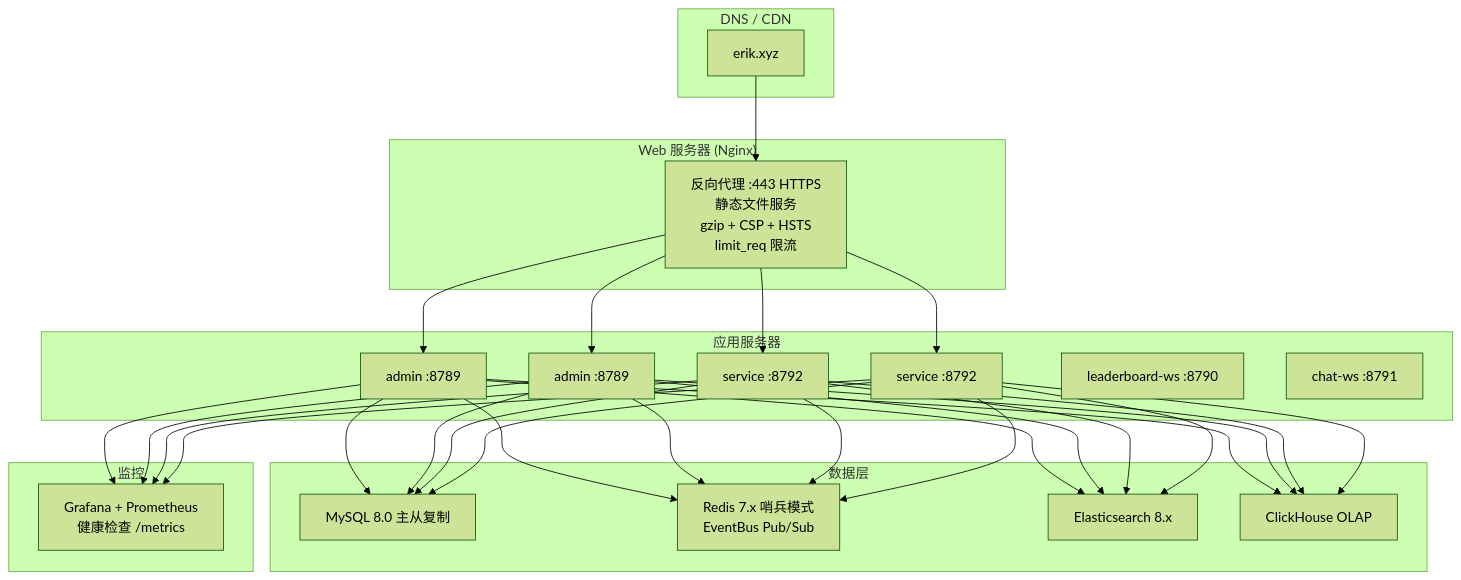
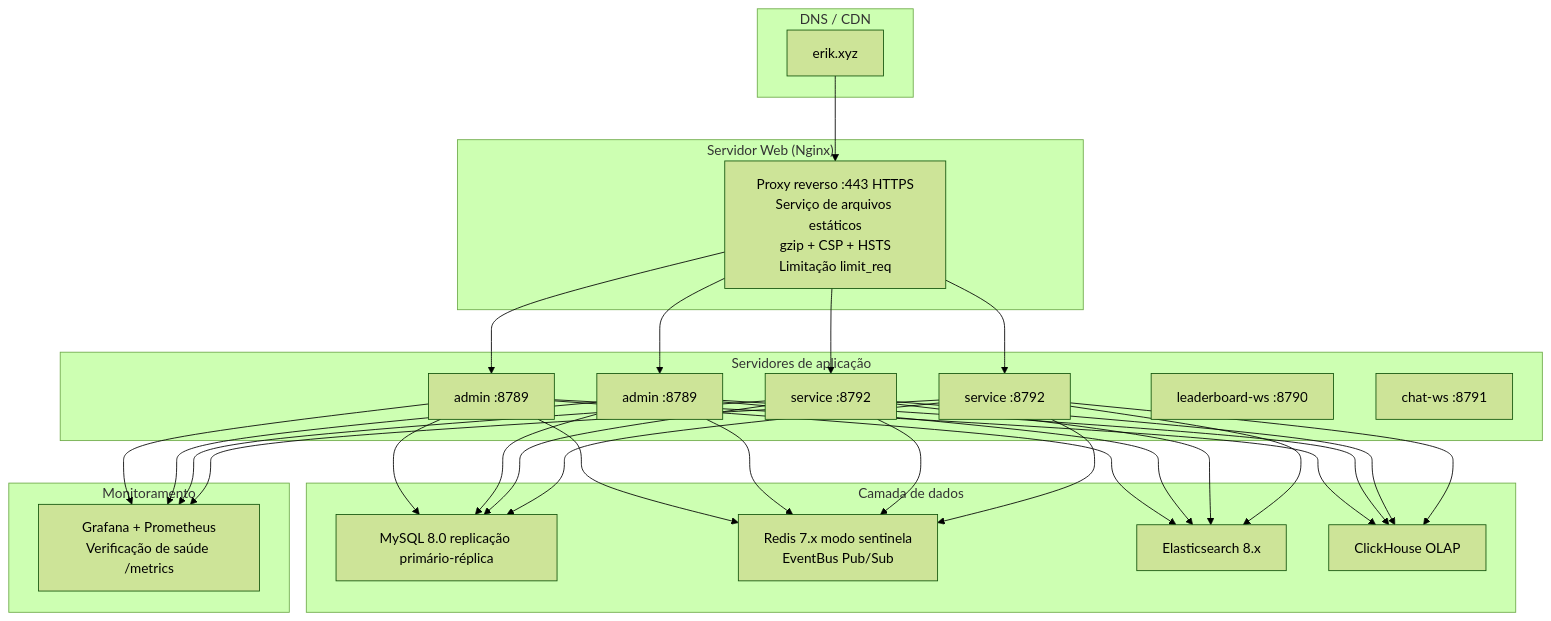
The second of 2 diagrams in docs/ARCHITECTURE.pt.md (erikwang2013/game-platform-php), drawn with Mermaid (forest theme) before and after one commit. The commit also changed other lines of this file and 211 other files, not shown here.

First line of the commit message:
fix: 支付配置读回类型根治、提现事件对账巡检，12 语族 mermaid 与 API 标签本地化

````diff
--- a/docs/ARCHITECTURE.pt.md
+++ b/docs/ARCHITECTURE.pt.md
@@ -337,35 +337,35 @@
 ```mermaid
 flowchart TB
     subgraph "DNS / CDN"
         DNS["erik.xyz"]
     end
 
-    subgraph "Web 服务器 (Nginx)"
-        NGX["反向代理 :443 HTTPS<br/>静态文件服务<br/>gzip + CSP + HSTS<br/>limit_req 限流"]
+    subgraph "Servidor Web (Nginx)"
+        NGX["Proxy reverso :443 HTTPS<br/>Serviço de arquivos estáticos<br/>gzip + CSP + HSTS<br/>Limitação limit_req"]
     end
 
-    subgraph "应用服务器"
+    subgraph "Servidores de aplicação"
         ADM1["admin :8789"]
         ADM2["admin :8789"]
         SVC1["service :8792"]
         SVC2["service :8792"]
         WS1["leaderboard-ws :8790"]
         WS2["chat-ws :8791"]
     end
 
-    subgraph "数据层"
-        MYSQL["MySQL 8.0 主从复制"]
-        REDIS["Redis 7.x 哨兵模式<br/>EventBus Pub/Sub"]
+    subgraph "Camada de dados"
+        MYSQL["MySQL 8.0 replicação primário-réplica"]
+        REDIS["Redis 7.x modo sentinela<br/>EventBus Pub/Sub"]
         ES["Elasticsearch 8.x"]
         CH["ClickHouse OLAP"]
     end
 
-    subgraph "监控"
-        MON["Grafana + Prometheus<br/>健康检查 /metrics"]
+    subgraph "Monitoramento"
+        MON["Grafana + Prometheus<br/>Verificação de saúde /metrics"]
     end
 
     DNS --> NGX
     NGX --> ADM1 & ADM2 & SVC1 & SVC2
     ADM1 & ADM2 & SVC1 & SVC2 --> MYSQL & REDIS & ES & CH
     ADM1 & ADM2 & SVC1 & SVC2 --> MON
 ```
````
